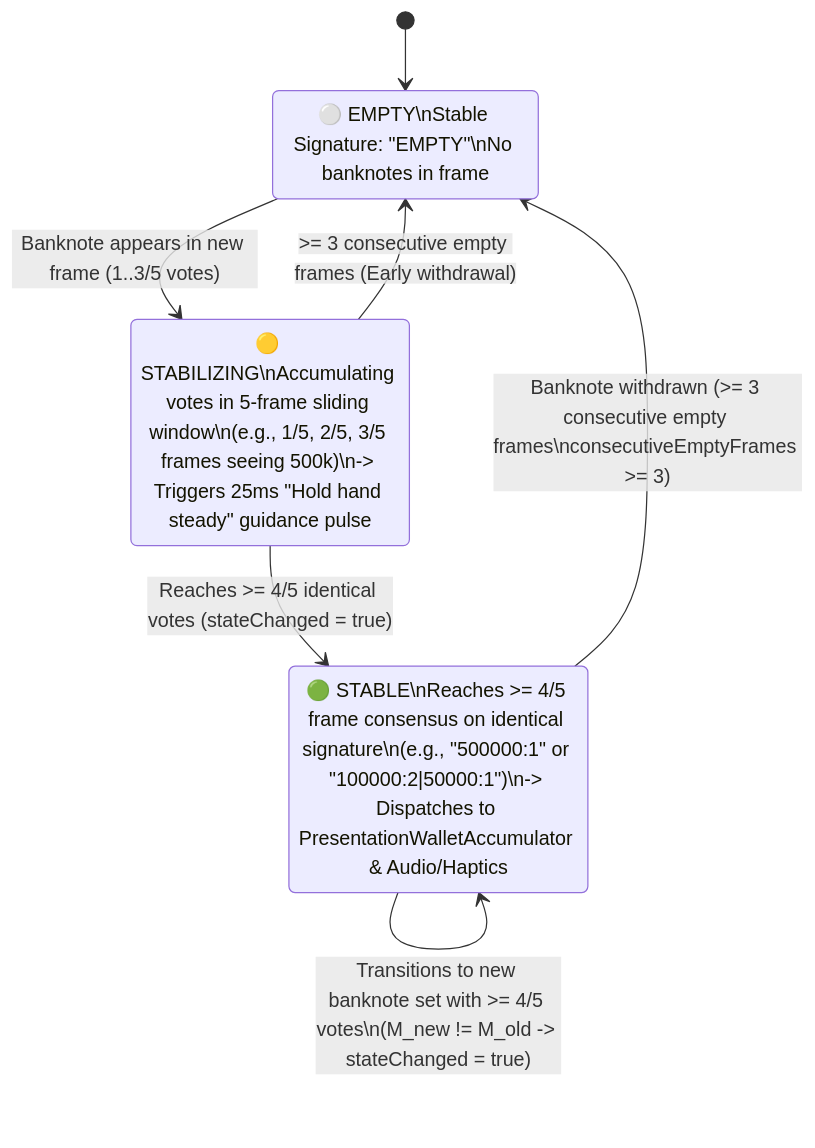
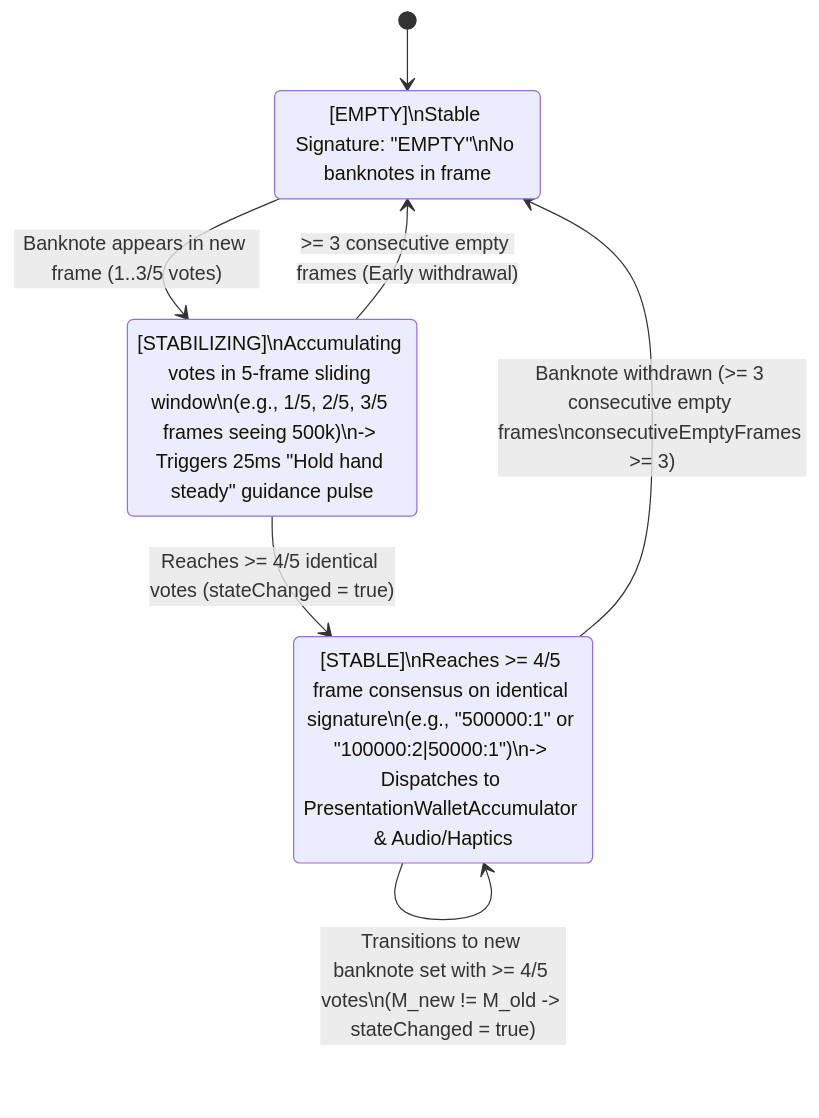
The third of 9 diagrams in docs/SYSTEM_ARCHITECTURE_AND_DESIGN.en.md (hezioquan12/vietnamese-money-vision), drawn with Mermaid before and after one commit. The commit also changed other lines of this file and 4 other files, not shown here.

Commit message:
docs: standardize technical specifications, remove sprint tickets and de-slop diagrams

````diff
--- a/docs/SYSTEM_ARCHITECTURE_AND_DESIGN.en.md
+++ b/docs/SYSTEM_ARCHITECTURE_AND_DESIGN.en.md
@@ -145,13 +145,13 @@
 ```mermaid
 stateDiagram-v2
     [*] --> EMPTY
-    EMPTY: ⚪ EMPTY\nStable Signature: "EMPTY"\nNo banknotes in frame
-    STABILIZING: 🟡 STABILIZING\nAccumulating votes in 5-frame sliding window\n(e.g., 1/5, 2/5, 3/5 frames seeing 500k)\n-> Triggers 25ms "Hold hand steady" guidance pulse
-    STABLE: 🟢 STABLE\nReaches >= 4/5 frame consensus on identical signature\n(e.g., "500000:1" or "100000:2|50000:1")\n-> Dispatches to PresentationWalletAccumulator & Audio/Haptics
+    EMPTY: [EMPTY]\nStable Signature: "EMPTY"\nNo banknotes in frame
+    STABILIZING: [STABILIZING]\nAccumulating votes in 5-frame sliding window\n(e.g., 1/5, 2/5, 3/5 frames seeing 500k)\n-> Triggers 25ms "Hold hand steady" guidance pulse
+    STABLE: [STABLE]\nReaches >= 4/5 frame consensus on identical signature\n(e.g., "500000:1" or "100000:2|50000:1")\n-> Dispatches to PresentationWalletAccumulator & Audio/Haptics
 
     EMPTY --> STABILIZING: Banknote appears in new frame (1..3/5 votes)
     STABILIZING --> EMPTY: >= 3 consecutive empty frames (Early withdrawal)
     STABILIZING --> STABLE: Reaches >= 4/5 identical votes (stateChanged = true)
     STABLE --> STABLE: Transitions to new banknote set with >= 4/5 votes\n(M_new != M_old -> stateChanged = true)
     STABLE --> EMPTY: Banknote withdrawn (>= 3 consecutive empty frames\nconsecutiveEmptyFrames >= 3)
 ```
````
